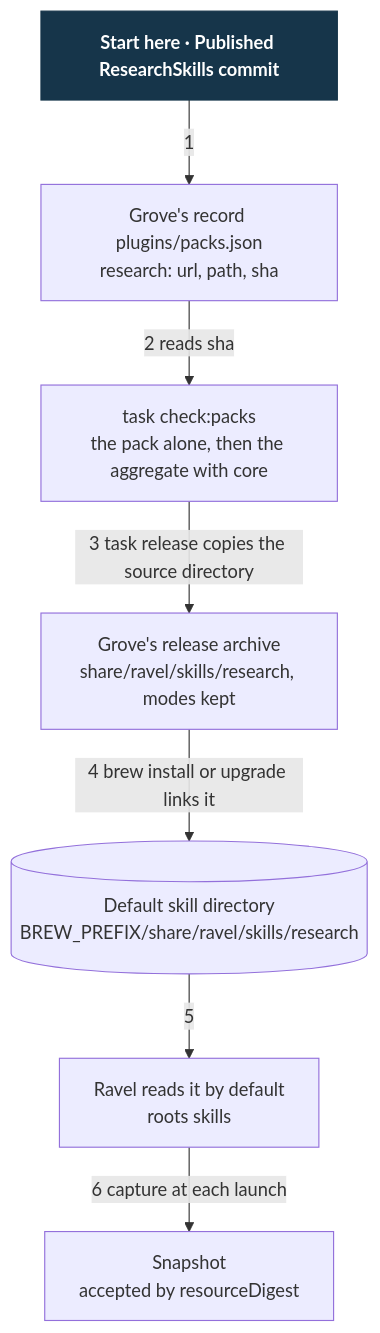
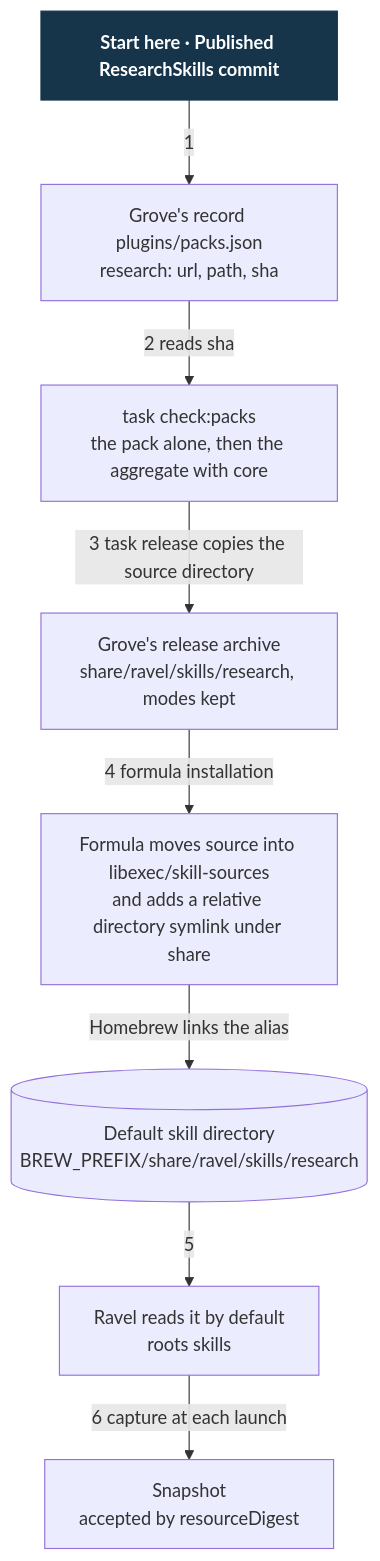
One commit to Linkuistics/grove changed the diagram in docs/design/external-pack-contract/distribution.mmd. Above: the diagram before and after it, drawn with Mermaid. The commit also changed 20 other files, not shown here.

First line of the commit message:
Integrate directory-link layout review (skill-keg-link-layout-k292)

```diff
--- a/docs/design/external-pack-contract/distribution.mmd
+++ b/docs/design/external-pack-contract/distribution.mmd
@@ -1,16 +1,18 @@
 flowchart TB
     S["Start here · Published ResearchSkills commit"]
     R["Grove's record plugins/packs.json<br/>research: url, path, sha"]
     C["task check:packs<br/>the pack alone, then the aggregate with core"]
     A["Grove's release archive<br/>share/ravel/skills/research, modes kept"]
+    P["Formula moves source into libexec/skill-sources<br/>and adds a relative directory symlink under share"]
     K[("Default skill directory<br/>BREW_PREFIX/share/ravel/skills/research")]
     RS["Ravel reads it by default<br/>roots skills"]
     SN["Snapshot<br/>accepted by resourceDigest"]
     S -->|1| R
     R -->|"2 reads sha"| C
     C -->|"3 task release copies the source directory"| A
-    A -->|"4 brew install or upgrade links it"| K
+    A -->|"4 formula installation"| P
+    P -->|"Homebrew links the alias"| K
     K -->|5| RS
     RS -->|"6 capture at each launch"| SN
     classDef start fill:#16354a,color:#fff,stroke:#16354a,font-weight:bold
     class S start
```
